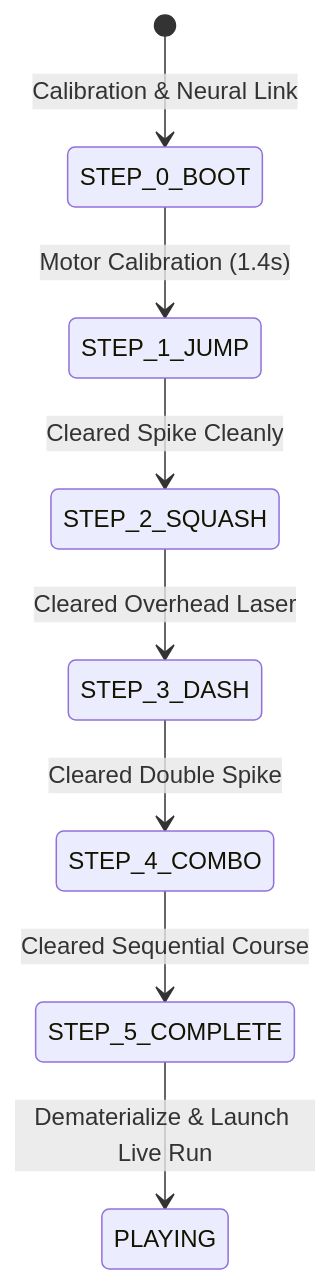
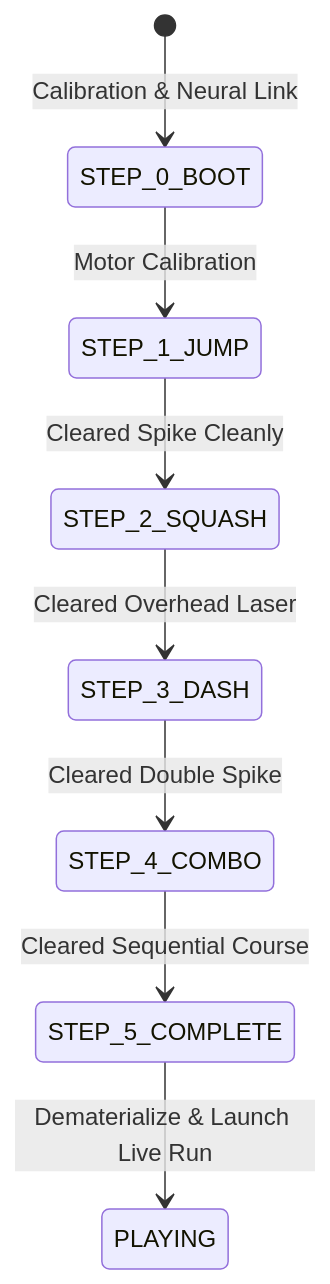
Before and after one commit to rajkiranmishra/Block-Dash: the third of 4 diagrams in ARCHITECTURE.md, drawn with Mermaid. The commit also changed other lines of this file, not shown here.

Commit message:
docs: fix Mermaid architecture diagram rendering

````diff
--- a/ARCHITECTURE.md
+++ b/ARCHITECTURE.md
@@ -85,10 +98,10 @@
 ```mermaid
 stateDiagram-v2
     [*] --> STEP_0_BOOT: Calibration & Neural Link
-    STEP_0_BOOT --> STEP_1_JUMP: Motor Calibration (1.4s)
+    STEP_0_BOOT --> STEP_1_JUMP: Motor Calibration
     STEP_1_JUMP --> STEP_2_SQUASH: Cleared Spike Cleanly
     STEP_2_SQUASH --> STEP_3_DASH: Cleared Overhead Laser
     STEP_3_DASH --> STEP_4_COMBO: Cleared Double Spike
     STEP_4_COMBO --> STEP_5_COMPLETE: Cleared Sequential Course
     STEP_5_COMPLETE --> PLAYING: Dematerialize & Launch Live Run
 ```
````
